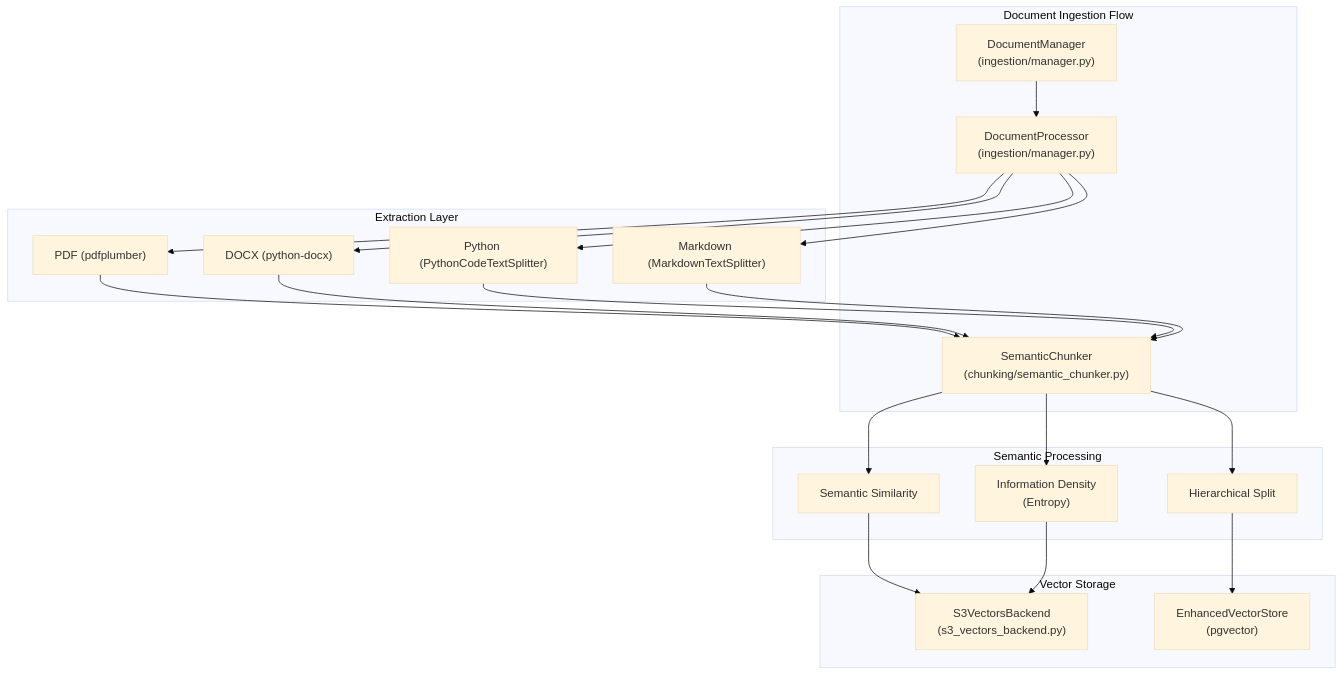
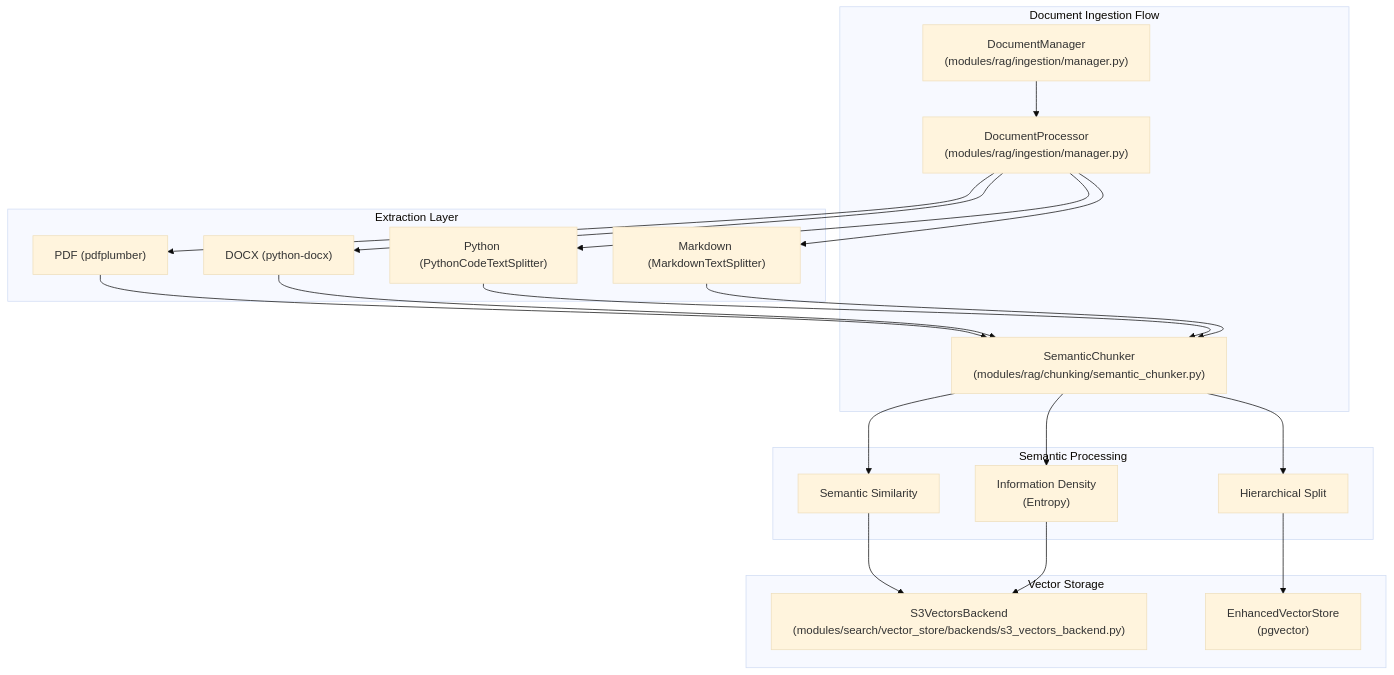
Before and after one commit to AutomatosAI/automatos-ai: the first of 3 diagrams in docs/knowledge-base-rag/semantic-chunking-strategies.md, drawn with Mermaid (base theme). The commit also changed other lines of this file and 153 other files, not shown here.

````diff
--- a/docs/knowledge-base-rag/semantic-chunking-strategies.md
+++ b/docs/knowledge-base-rag/semantic-chunking-strategies.md
@@ -38,45 +38,45 @@
 ```mermaid
 graph TB
     subgraph "Document Ingestion Flow"
-        DocManager["DocumentManager<br/>(ingestion/manager.py)"]
-        Proc["DocumentProcessor<br/>(ingestion/manager.py)"]
-        SChunker["SemanticChunker<br/>(chunking/semantic_chunker.py)"]
+        DocManager["DocumentManager<br/>(modules/rag/ingestion/manager.py)"]
+        Proc["DocumentProcessor<br/>(modules/rag/ingestion/manager.py)"]
+        SChunker["SemanticChunker<br/>(modules/rag/chunking/semantic_chunker.py)"]
     end
     
     subgraph "Extraction Layer"
         PDF["PDF (pdfplumber)"]
         DOCX["DOCX (python-docx)"]
         CODE["Python (PythonCodeTextSplitter)"]
         MD["Markdown (MarkdownTextSplitter)"]
     end
 
     subgraph "Semantic Processing"
         Sim["Semantic Similarity"]
         Entropy["Information Density<br/>(Entropy)"]
         Hier["Hierarchical Split"]
     end
 
     subgraph "Vector Storage"
-        S3V["S3VectorsBackend<br/>(s3_vectors_backend.py)"]
+        S3V["S3VectorsBackend<br/>(modules/search/vector_store/backends/s3_vectors_backend.py)"]
         PGV["EnhancedVectorStore<br/>(pgvector)"]
     end
 
     DocManager --> Proc
     Proc --> PDF
     Proc --> DOCX
     Proc --> CODE
     Proc --> MD
     
     PDF --> SChunker
     DOCX --> SChunker
     CODE --> SChunker
     MD --> SChunker
     
     SChunker --> Sim
     SChunker --> Entropy
     SChunker --> Hier
     
     Sim --> S3V
     Entropy --> S3V
     Hier --> PGV
 ```
````
